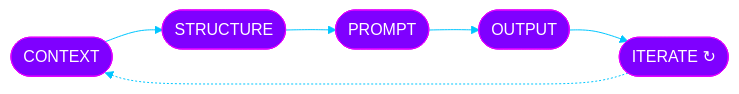
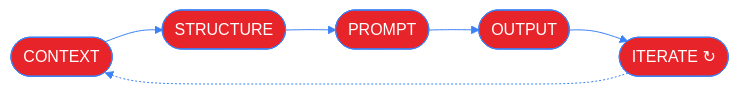
The first of 2 diagrams in README.md (mxnpreet7/mxnpreet7), drawn with Mermaid before and after one commit. The commit also changed other lines of this file, not shown here.

````diff
--- a/README.md
+++ b/README.md
@@ -138,6 +140,6 @@
 ```mermaid
-%%{init: {'theme':'base','themeVariables':{'primaryColor':'#7F00FF','primaryTextColor':'#ffffff','primaryBorderColor':'#E100FF','lineColor':'#00C6FF','fontFamily':'monospace'}}}%%
+%%{init: {'theme':'base','themeVariables':{'primaryColor':'#E62429','primaryTextColor':'#ffffff','primaryBorderColor':'#3B82F6','lineColor':'#3B82F6','fontFamily':'monospace'}}}%%
 flowchart LR
     A([CONTEXT]) --> B([STRUCTURE]) --> C([PROMPT]) --> D([OUTPUT]) --> E([ITERATE ↻])
     E -.-> A
 ```
````
